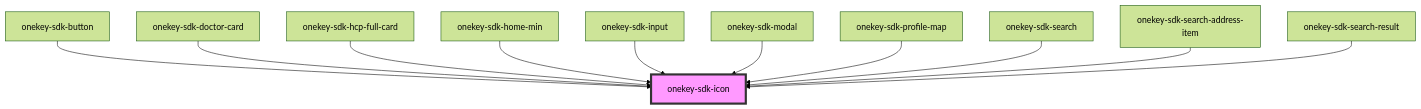
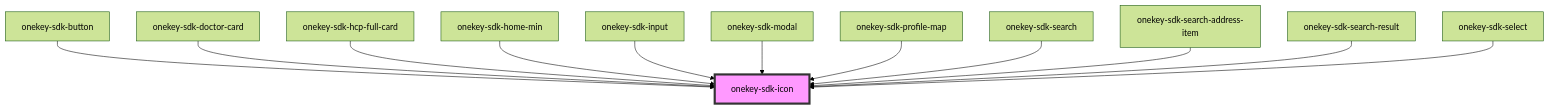
Before and after one commit to hcl-sdk/HealthCareLocatorWebSDK: the diagram in packages/onekey-sdk-web-ui/docs/components/ui-kits/onekey-sdk-icon/readme.md, drawn with Mermaid (forest theme). The commit also changed other lines of this file and 16 other files, not shown here.

````diff
--- a/packages/onekey-sdk-web-ui/docs/components/ui-kits/onekey-sdk-icon/readme.md
+++ b/packages/onekey-sdk-web-ui/docs/components/ui-kits/onekey-sdk-icon/readme.md
@@ -35,14 +36,15 @@
 ```mermaid
 graph TD;
   onekey-sdk-button --> onekey-sdk-icon
   onekey-sdk-doctor-card --> onekey-sdk-icon
   onekey-sdk-hcp-full-card --> onekey-sdk-icon
   onekey-sdk-home-min --> onekey-sdk-icon
   onekey-sdk-input --> onekey-sdk-icon
   onekey-sdk-modal --> onekey-sdk-icon
   onekey-sdk-profile-map --> onekey-sdk-icon
   onekey-sdk-search --> onekey-sdk-icon
   onekey-sdk-search-address-item --> onekey-sdk-icon
   onekey-sdk-search-result --> onekey-sdk-icon
+  onekey-sdk-select --> onekey-sdk-icon
   style onekey-sdk-icon fill:#f9f,stroke:#333,stroke-width:4px
 ```
````
